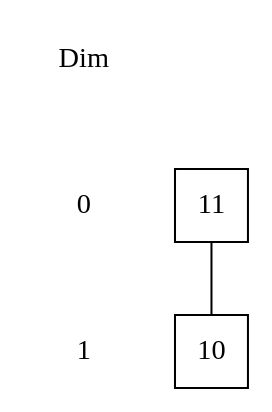
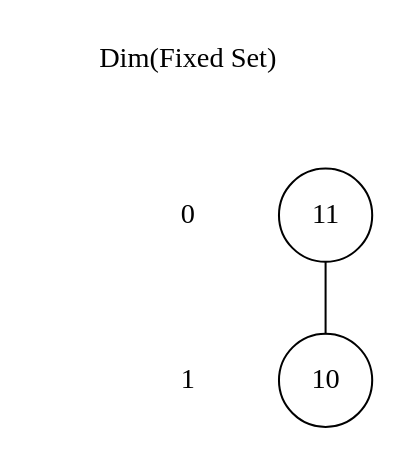
The diagram in demo/demo20_OrbitType/S4_irr1_latorbt.dot (psistwu/equideg), drawn with Graphviz before and after one commit. The commit also changed 9 other files, not shown here.

```diff
--- a/demo/demo20_OrbitType/S4_irr1_latorbt.dot
+++ b/demo/demo20_OrbitType/S4_irr1_latorbt.dot
@@ -1,13 +1,13 @@
 digraph lattice {
 size = "6,6";
-"rt" [label="Dim", color=white];
+"rt" [label="Dim(Fixed Set)", color=white];
 "rt" -> "s0" [color=white, arrowhead=none];
 "s0" [label="0", color=white];
 "s0" -> "s1" [color=white, arrowhead=none];
 "s1" [label="1", color=white];
-"1" [label="10", shape=square];
+"1" [label="10", shape=circle];
 { rank=same; "s1" "1"; }
-"2" [label="11", shape=square];
+"2" [label="11", shape=circle];
 { rank=same; "s0" "2"; }
 "2" -> "1" [arrowhead=none];
 }
```
